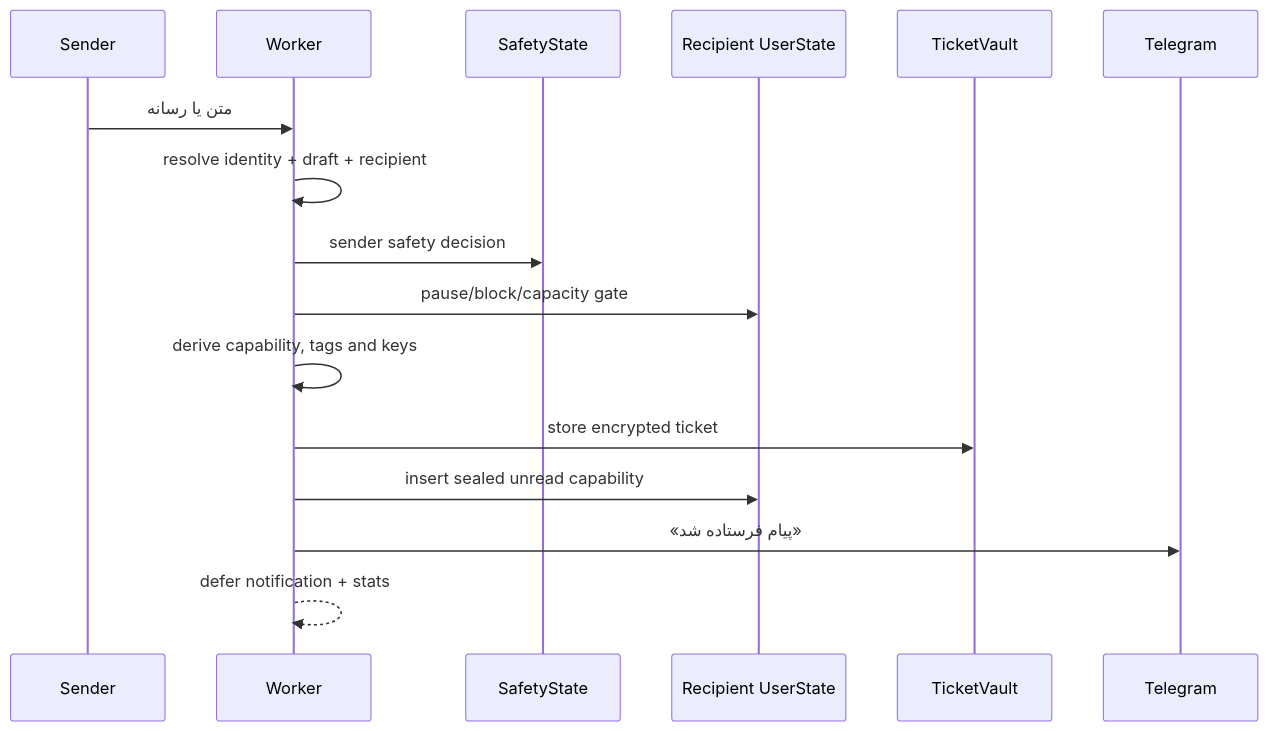
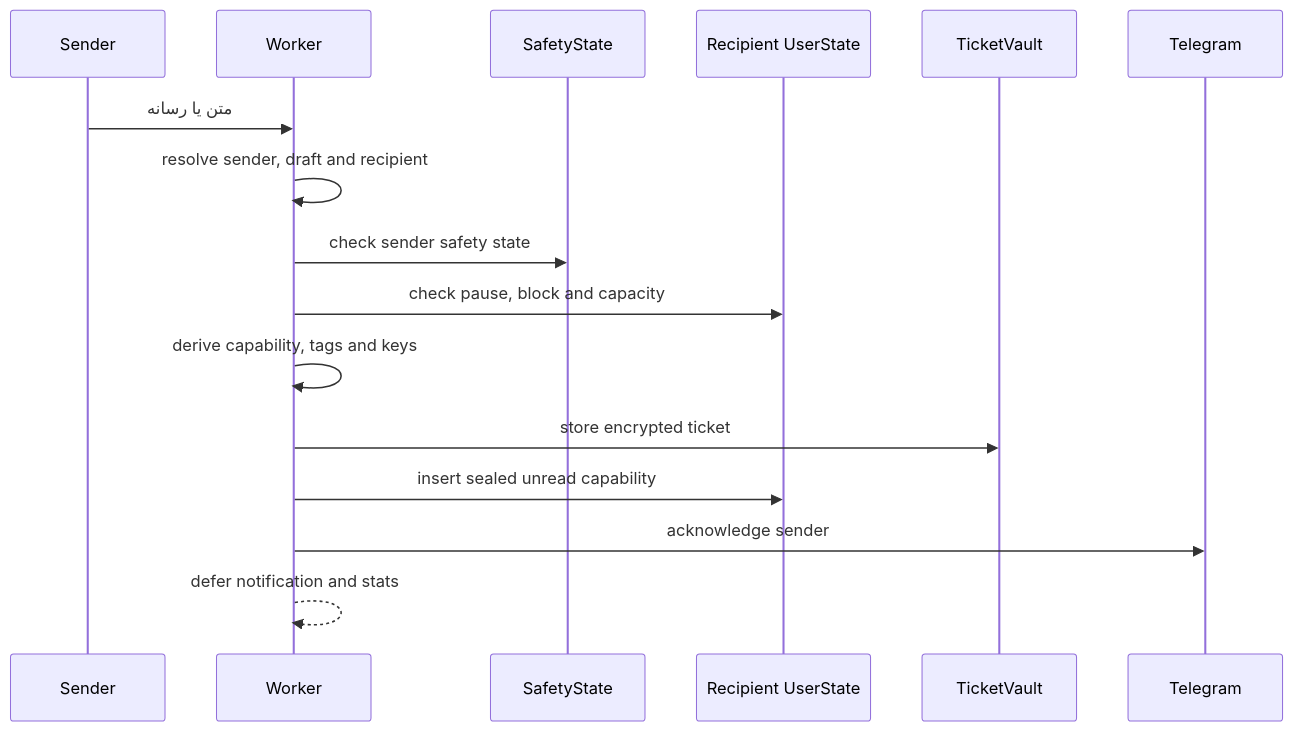
Before and after one commit to mohetios/mohetios.dev: the second of 2 diagrams in content/fa/lab/nekonymous-anonymous-messaging-technical-lab.md, drawn with Mermaid. The commit also changed other lines of this file and 1 other file, not shown here.

````diff
--- a/content/fa/lab/nekonymous-anonymous-messaging-technical-lab.md
+++ b/content/fa/lab/nekonymous-anonymous-messaging-technical-lab.md
@@ -400,19 +578,19 @@
 ```mermaid
 sequenceDiagram
   participant S as Sender
   participant W as Worker
   participant SS as SafetyState
   participant US as Recipient UserState
   participant TV as TicketVault
   participant T as Telegram
 
   S->>W: متن یا رسانه
-  W->>W: resolve identity + draft + recipient
-  W->>SS: sender safety decision
-  W->>US: pause/block/capacity gate
+  W->>W: resolve sender, draft and recipient
+  W->>SS: check sender safety state
+  W->>US: check pause, block and capacity
   W->>W: derive capability, tags and keys
   W->>TV: store encrypted ticket
   W->>US: insert sealed unread capability
-  W->>T: «پیام فرستاده شد»
-  W-->>W: defer notification + stats
+  W->>T: acknowledge sender
+  W-->>W: defer notification and stats
 ```
````
